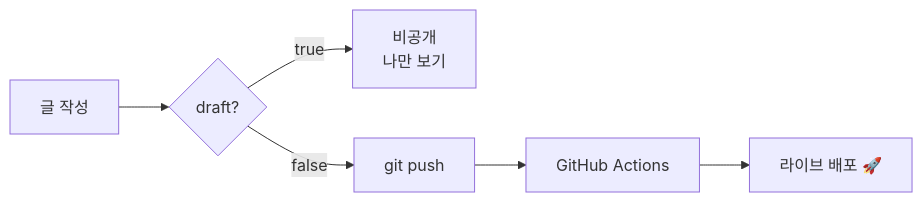
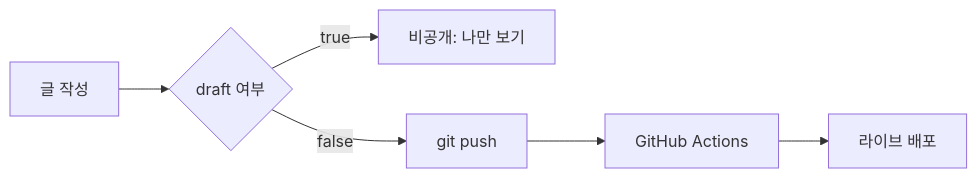
One commit to xxbeann/xxbeann.github.io changed the first of 2 diagrams in content/post/rich-content-guide/index.md. Above: the diagram before and after it, drawn with Mermaid. The commit also changed other lines of this file, not shown here.

Commit message:
예시 글 Mermaid 문법 수정 (시퀀스 다이어그램 오류)

````diff
--- a/content/post/rich-content-guide/index.md
+++ b/content/post/rich-content-guide/index.md
@@ -39,8 +39,8 @@
 ```mermaid
 flowchart LR
-    A[글 작성] --> B{draft?}
-    B -->|true| C[비공개<br/>나만 보기]
+    A[글 작성] --> B{draft 여부}
+    B -->|true| C[비공개: 나만 보기]
     B -->|false| D[git push]
     D --> E[GitHub Actions]
-    E --> F[라이브 배포 🚀]
+    E --> F[라이브 배포]
 ```
````
